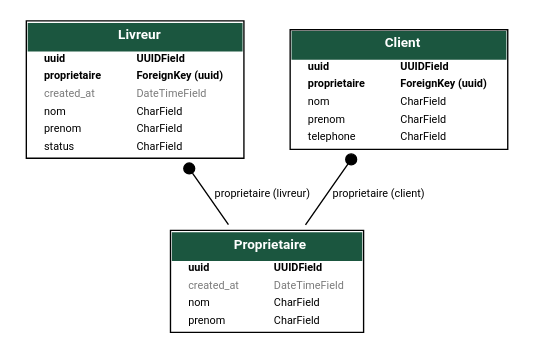
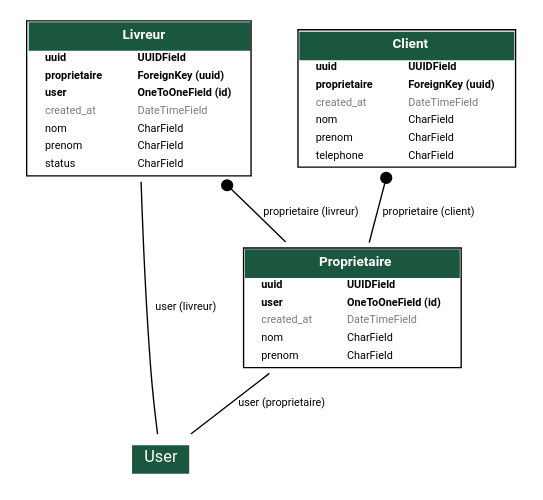
The diagram in Backend/models.dot (mrcsqttnoire/deliveryTracker), drawn with Graphviz before and after one commit. The commit also changed 5 other files, not shown here.

```diff
--- a/Backend/models.dot
+++ b/Backend/models.dot
@@ -1,6 +1,6 @@
 digraph model_graph {
   // Dotfile by Django-Extensions graph_models
-  // Created: 2026-10-14 15:19
+  // Created: 2026-10-14 15:40
   // Cli Options: tracking --dot -o models.dot
 
   fontname = "Roboto"
@@ -35,6 +35,14 @@
     <FONT FACE="Roboto"><B>uuid</B></FONT>
     </TD><TD ALIGN="LEFT">
     <FONT FACE="Roboto"><B>UUIDField</B></FONT>
+    </TD></TR>
+  
+  
+  
+    <TR><TD ALIGN="LEFT" BORDER="0">
+    <FONT FACE="Roboto"><B>user</B></FONT>
+    </TD><TD ALIGN="LEFT">
+    <FONT FACE="Roboto"><B>OneToOneField (id)</B></FONT>
     </TD></TR>
   
   
@@ -85,6 +93,14 @@
     <FONT FACE="Roboto"><B>proprietaire</B></FONT>
     </TD><TD ALIGN="LEFT">
     <FONT FACE="Roboto"><B>ForeignKey (uuid)</B></FONT>
+    </TD></TR>
+  
+  
+  
+    <TR><TD ALIGN="LEFT" BORDER="0">
+    <FONT FACE="Roboto"><B>user</B></FONT>
+    </TD><TD ALIGN="LEFT">
+    <FONT FACE="Roboto"><B>OneToOneField (id)</B></FONT>
     </TD></TR>
   
   
@@ -148,6 +164,14 @@
   
   
     <TR><TD ALIGN="LEFT" BORDER="0">
+    <FONT COLOR="#7B7B7B" FACE="Roboto">created_at</FONT>
+    </TD><TD ALIGN="LEFT">
+    <FONT COLOR="#7B7B7B" FACE="Roboto">DateTimeField</FONT>
+    </TD></TR>
+  
+  
+  
+    <TR><TD ALIGN="LEFT" BORDER="0">
     <FONT FACE="Roboto">nom</FONT>
     </TD><TD ALIGN="LEFT">
     <FONT FACE="Roboto">CharField</FONT>
@@ -177,6 +201,24 @@
 
 
   // Relations
+  django_contrib_auth_models_User [label=<
+  <TABLE BGCOLOR="white" BORDER="0" CELLBORDER="0" CELLSPACING="0">
+  <TR><TD COLSPAN="2" CELLPADDING="4" ALIGN="CENTER" BGCOLOR="#1b563f">
+  <FONT FACE="Roboto" POINT-SIZE="12" COLOR="white">User</FONT>
+  </TD></TR>
+  </TABLE>
+  >]
+  tracking_models_Proprietaire -> django_contrib_auth_models_User
+  [label=" user (proprietaire)"] [arrowhead=none, arrowtail=none, dir=both];
+  django_contrib_auth_models_User [label=<
+  <TABLE BGCOLOR="white" BORDER="0" CELLBORDER="0" CELLSPACING="0">
+  <TR><TD COLSPAN="2" CELLPADDING="4" ALIGN="CENTER" BGCOLOR="#1b563f">
+  <FONT FACE="Roboto" POINT-SIZE="12" COLOR="white">User</FONT>
+  </TD></TR>
+  </TABLE>
+  >]
+  tracking_models_Livreur -> django_contrib_auth_models_User
+  [label=" user (livreur)"] [arrowhead=none, arrowtail=none, dir=both];
 
   tracking_models_Livreur -> tracking_models_Proprietaire
   [label=" proprietaire (livreur)"] [arrowhead=none, arrowtail=dot, dir=both];
```
